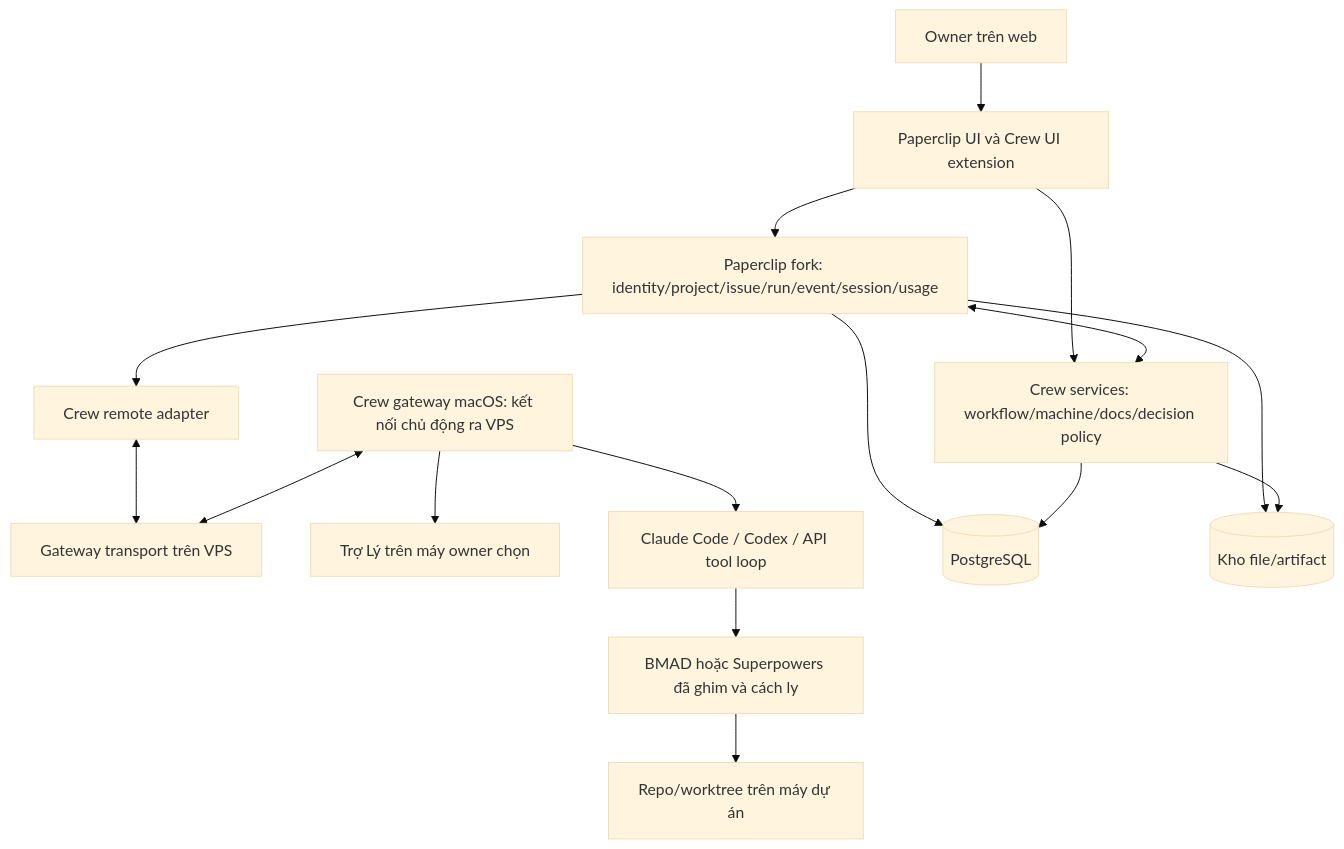
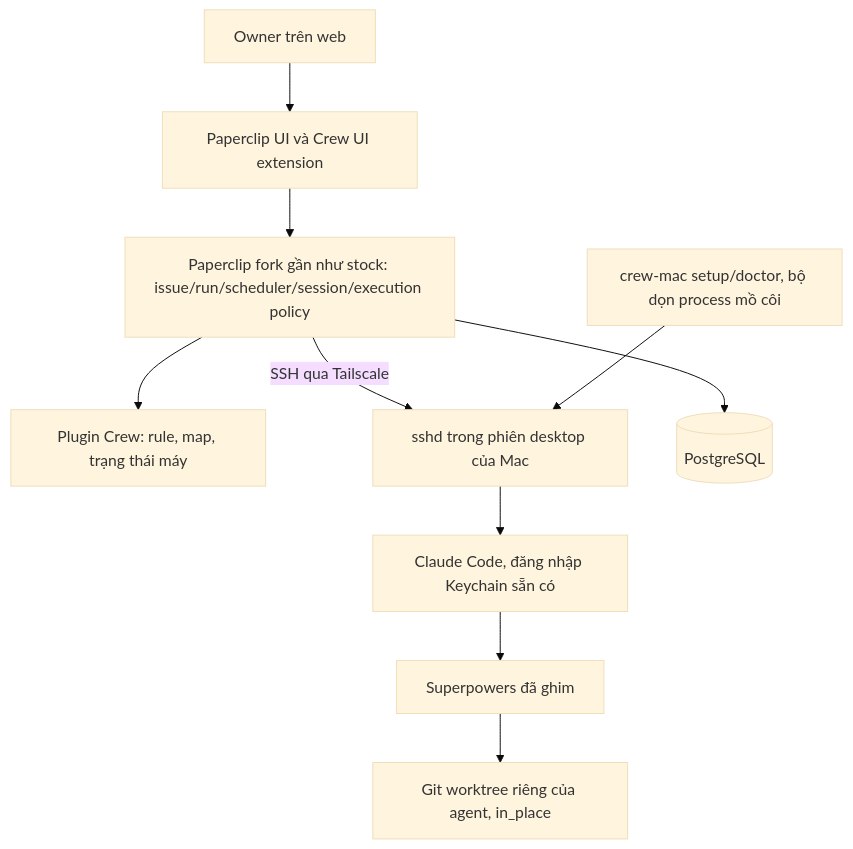
One commit to nquangphan/my-crew changed the diagram in docs/superpowers/specs/2026-10-05-crew-v3-paperclip-design.md. Above: the diagram before and after it, drawn with Mermaid (base theme). The commit also changed other lines of this file and 5 other files, not shown here.

````diff
--- a/docs/superpowers/specs/2026-10-05-crew-v3-paperclip-design.md
+++ b/docs/superpowers/specs/2026-10-05-crew-v3-paperclip-design.md
@@ -16,18 +18,12 @@
 ```mermaid
 flowchart TB
     Owner[Owner trên web] --> Web[Paperclip UI và Crew UI extension]
-    Web --> Core[Paperclip fork: identity/project/issue/run/event/session/usage]
-    Web --> Crew[Crew services: workflow/machine/docs/decision policy]
-    Core <--> Crew
-    Core --> Adapter[Crew remote adapter]
-    Adapter <--> Transport[Gateway transport trên VPS]
-    Gateway[Crew gateway macOS: kết nối chủ động ra VPS] <--> Transport
-    Gateway --> Assistant[Trợ Lý trên máy owner chọn]
-    Gateway --> Runtime[Claude Code / Codex / API tool loop]
-    Runtime --> Skills[BMAD hoặc Superpowers đã ghim và cách ly]
-    Skills --> Checkout[Repo/worktree trên máy dự án]
+    Web --> Core[Paperclip fork gần như stock: issue/run/scheduler/session/execution policy]
+    Core --> Plugin[Plugin Crew: rule, map, trạng thái máy]
+    Core -->|SSH qua Tailscale| Sshd[sshd trong phiên desktop của Mac]
+    Sshd --> Runtime[Claude Code, đăng nhập Keychain sẵn có]
+    Runtime --> Skills[Superpowers đã ghim]
+    Skills --> Worktree[Git worktree riêng của agent, in_place]
+    Mac[crew-mac setup/doctor, bộ dọn process mồ côi] --> Sshd
     Core --> DB[(PostgreSQL)]
-    Crew --> DB
-    Core --> Files[(Kho file/artifact)]
-    Crew --> Files
 ```
````
